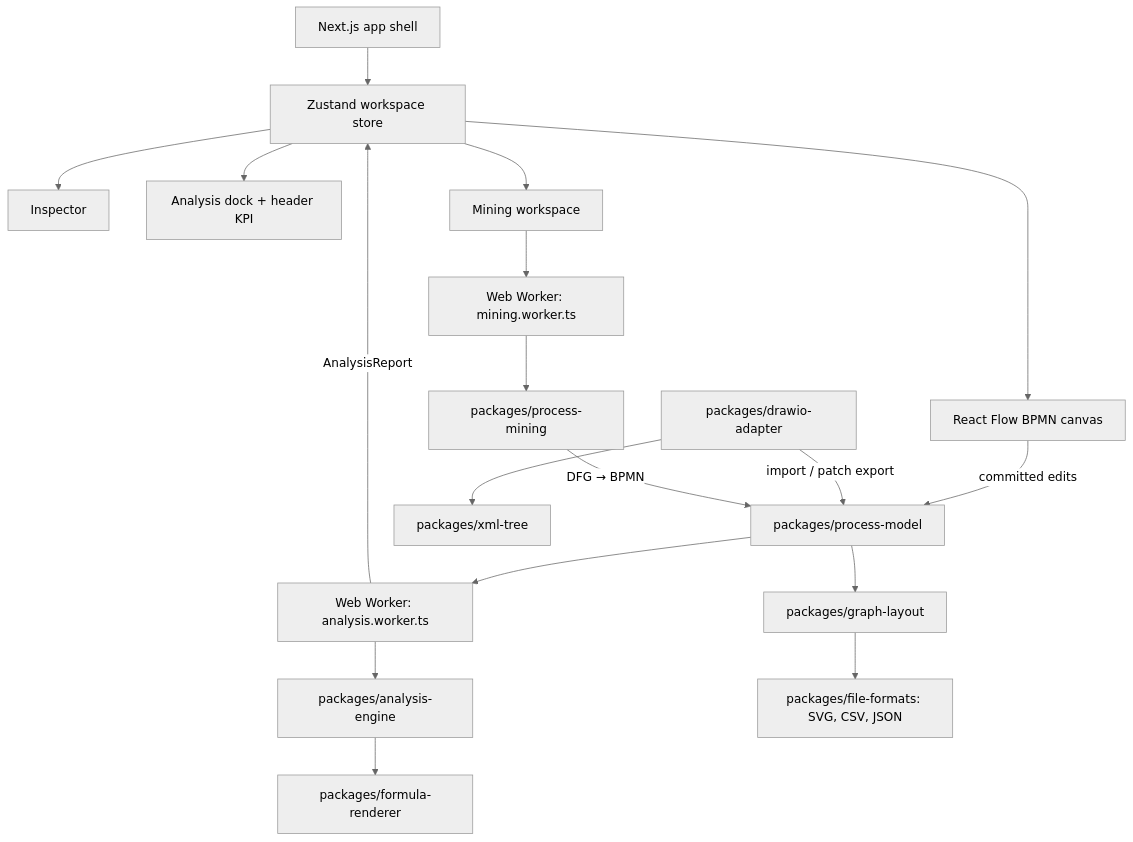
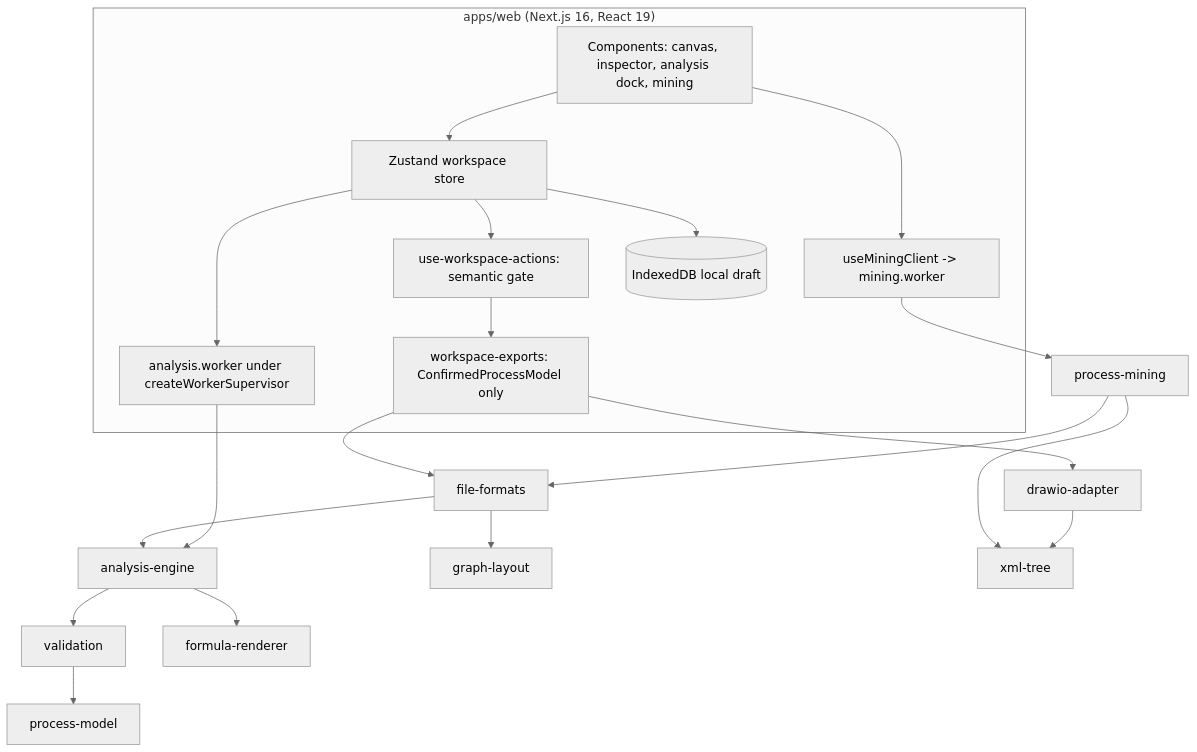
One commit to thang-uit/Flowculus changed the first of 2 diagrams in README.md. Above: the diagram before and after it, drawn with Mermaid (neutral theme). The commit also changed other lines of this file and 141 other files, not shown here.

Commit message:
Production hardening: semantic gate, validation, CT/CPM/CTE contracts

````diff
--- a/README.md
+++ b/README.md
@@ -148,24 +89,23 @@
 ```mermaid
 graph TD
-    A[Next.js app shell] --> B[Zustand workspace store]
-    B --> C[React Flow BPMN canvas]
-    B --> D[Inspector]
-    B --> E[Analysis dock + header KPI]
-    B --> M[Mining workspace]
-
-    C -- "committed edits" --> G[packages/process-model]
-    F[packages/drawio-adapter] -- "import / patch export" --> G
-    F --> X[packages/xml-tree]
-
-    M --> MW[Web Worker: mining.worker.ts]
-    MW --> PM[packages/process-mining]
-    PM -- "DFG → BPMN" --> G
-
-    G --> H[Web Worker: analysis.worker.ts]
-    H --> I[packages/analysis-engine]
-    I --> K[packages/formula-renderer]
-    H -- "AnalysisReport" --> B
-
-    G --> L[packages/graph-layout]
-    L --> FF[packages/file-formats: SVG, CSV, JSON]
+  subgraph web["apps/web (Next.js 16, React 19)"]
+    UI[Components: canvas, inspector, analysis dock, mining] --> Store[Zustand workspace store]
+    Store --> Actions[use-workspace-actions: semantic gate]
+    Actions --> Exports[workspace-exports: ConfirmedProcessModel only]
+    Store --> AW[analysis.worker under createWorkerSupervisor]
+    UI --> MC[useMiningClient -> mining.worker]
+    Store --> Draft[(IndexedDB local draft)]
+  end
+  AW --> AE[analysis-engine]
+  AE --> VAL[validation]
+  AE --> FR[formula-renderer]
+  VAL --> PMOD[process-model]
+  MC --> PMIN[process-mining]
+  PMIN --> FF[file-formats]
+  Exports --> FF
+  Exports --> DA[drawio-adapter]
+  FF --> AE
+  FF --> GL[graph-layout]
+  DA --> XT[xml-tree]
+  PMIN --> XT
 ```
````
